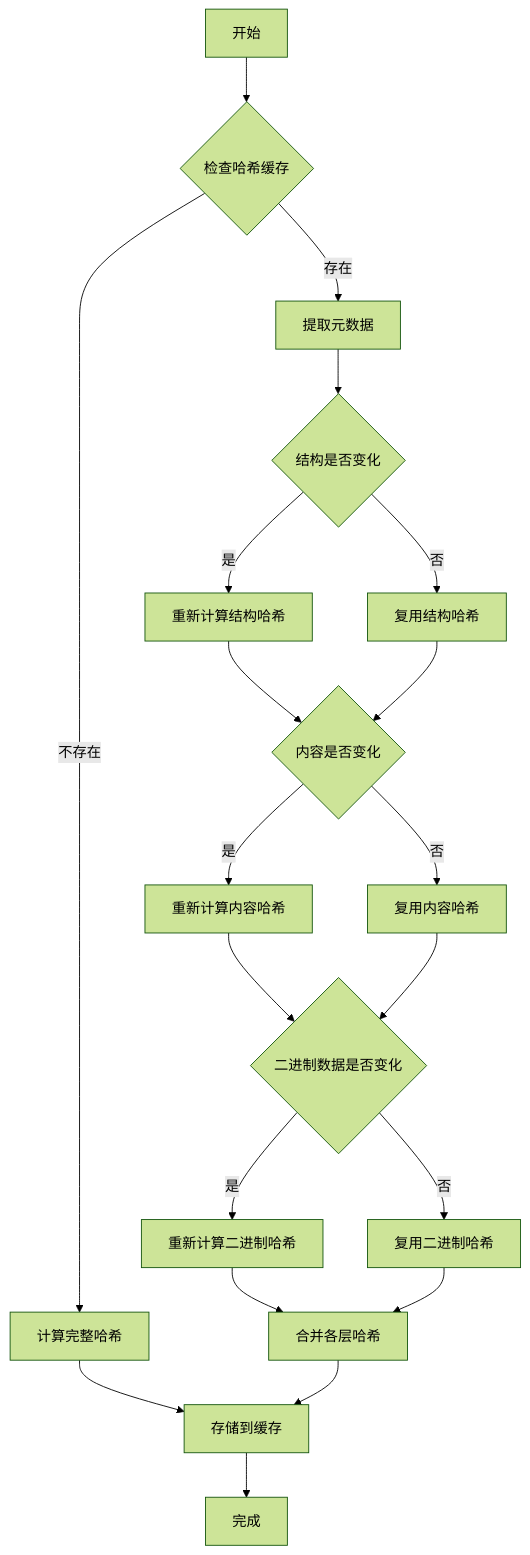
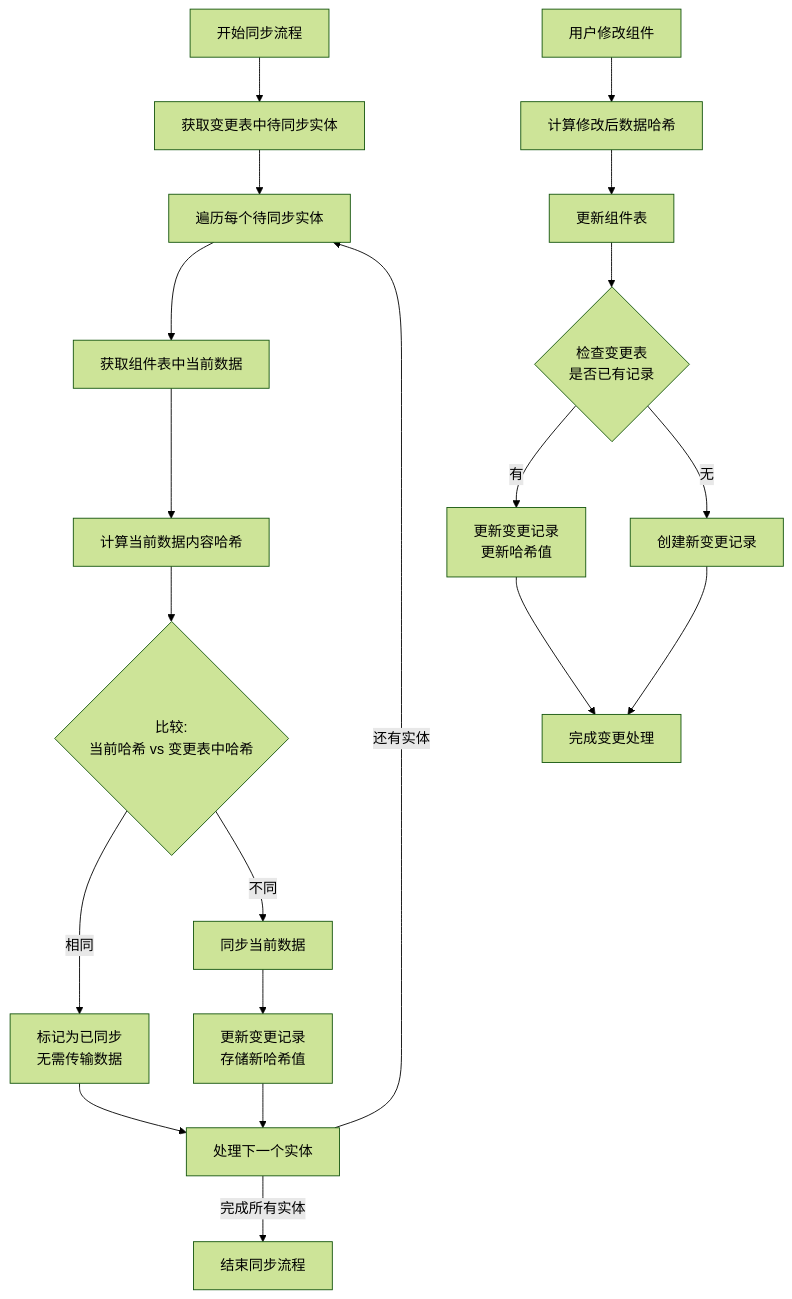
The diagram in all/未命名-42.md (yingjianzh/iodraw-files), drawn with Mermaid (forest theme) before and after one commit.

Commit message:
2025-04-24 14:17:08 update

````diff
--- a/all/未命名-42.md
+++ b/all/未命名-42.md
@@ -1,29 +1,30 @@
 ```mermaid
 flowchart TD
-    Start[开始] --> CheckCache{检查哈希缓存}
-    CheckCache -->|存在| ExtractMeta[提取元数据]
-    CheckCache -->|不存在| FullHash[计算完整哈希]
+    Start[开始同步流程] --> FetchChanges[获取变更表中待同步实体]
+    FetchChanges --> Loop[遍历每个待同步实体]
     
-    ExtractMeta --> CheckStructure{结构是否变化}
-    CheckStructure -->|是| RecalcStructure[重新计算结构哈希]
-    CheckStructure -->|否| ReuseStructure[复用结构哈希]
+    Loop --> FetchCurrentData[获取组件表中当前数据]
+    FetchCurrentData --> ComputeCurrentHash[计算当前数据内容哈希]
     
-    RecalcStructure --> CheckContent{内容是否变化}
-    ReuseStructure --> CheckContent
+    ComputeCurrentHash --> CompareHash{比较:<br/>当前哈希 vs 变更表中哈希}
     
-    CheckContent -->|是| RecalcContent[重新计算内容哈希]
-    CheckContent -->|否| ReuseContent[复用内容哈希]
+    CompareHash -- 相同 --> MarkSynced[标记为已同步<br/>无需传输数据]
+    CompareHash -- 不同 --> SyncData[同步当前数据]
     
-    RecalcContent --> CheckBinary{二进制数据是否变化}
-    ReuseContent --> CheckBinary
+    SyncData --> UpdateChangeRecord[更新变更记录<br/>存储新哈希值]
+    MarkSynced --> NextEntity[处理下一个实体]
+    UpdateChangeRecord --> NextEntity
     
-    CheckBinary -->|是| RecalcBinary[重新计算二进制哈希]
-    CheckBinary -->|否| ReuseBinary[复用二进制哈希]
+    NextEntity -- 还有实体 --> Loop
+    NextEntity -- 完成所有实体 --> End[结束同步流程]
     
-    RecalcBinary --> Combine[合并各层哈希]
-    ReuseBinary --> Combine
-    FullHash --> StoreCache[存储到缓存]
+    UserChange[用户修改组件] --> CalculateHash[计算修改后数据哈希]
+    CalculateHash --> UpdateComponent[更新组件表]
+    UpdateComponent --> CheckExistingChange{检查变更表<br/>是否已有记录}
     
-    Combine --> StoreCache
-    StoreCache --> End[完成]
+    CheckExistingChange -- 有 --> UpdateExistingChange[更新变更记录<br/>更新哈希值]
+    CheckExistingChange -- 无 --> CreateNewChange[创建新变更记录]
+    
+    UpdateExistingChange --> Done[完成变更处理]
+    CreateNewChange --> Done
 ```
````
